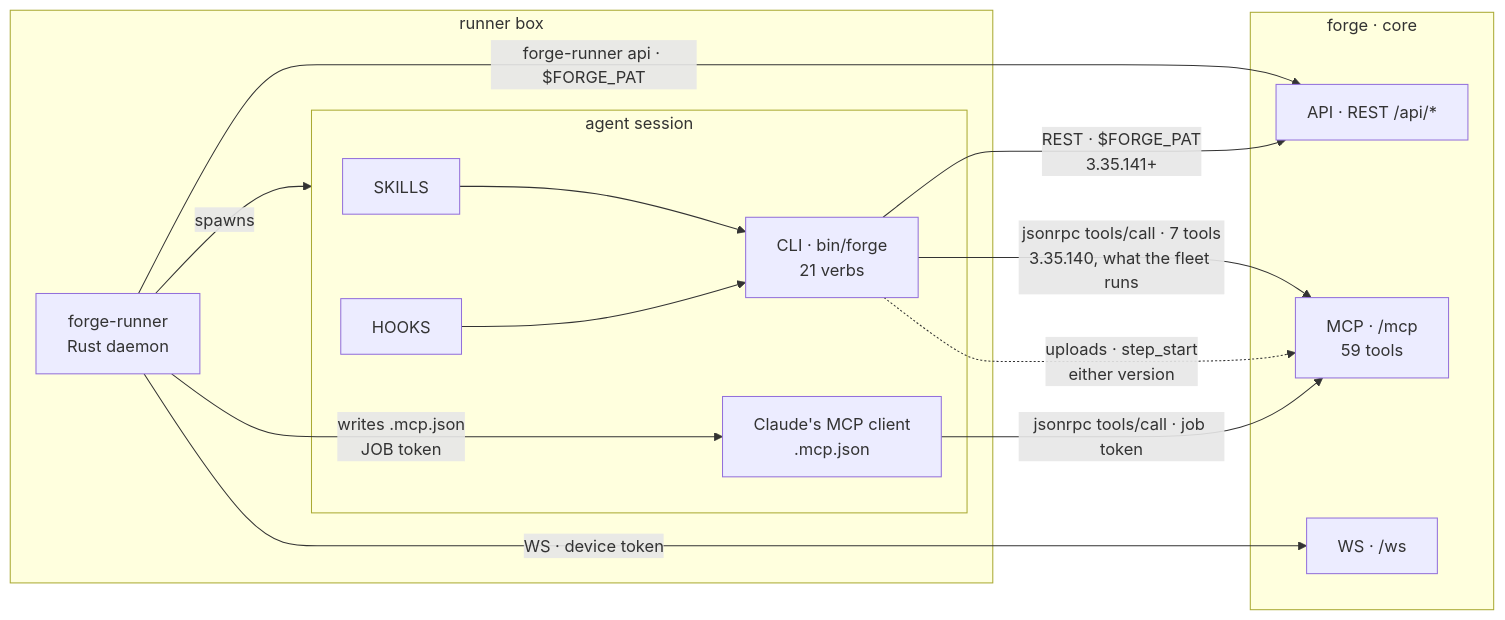
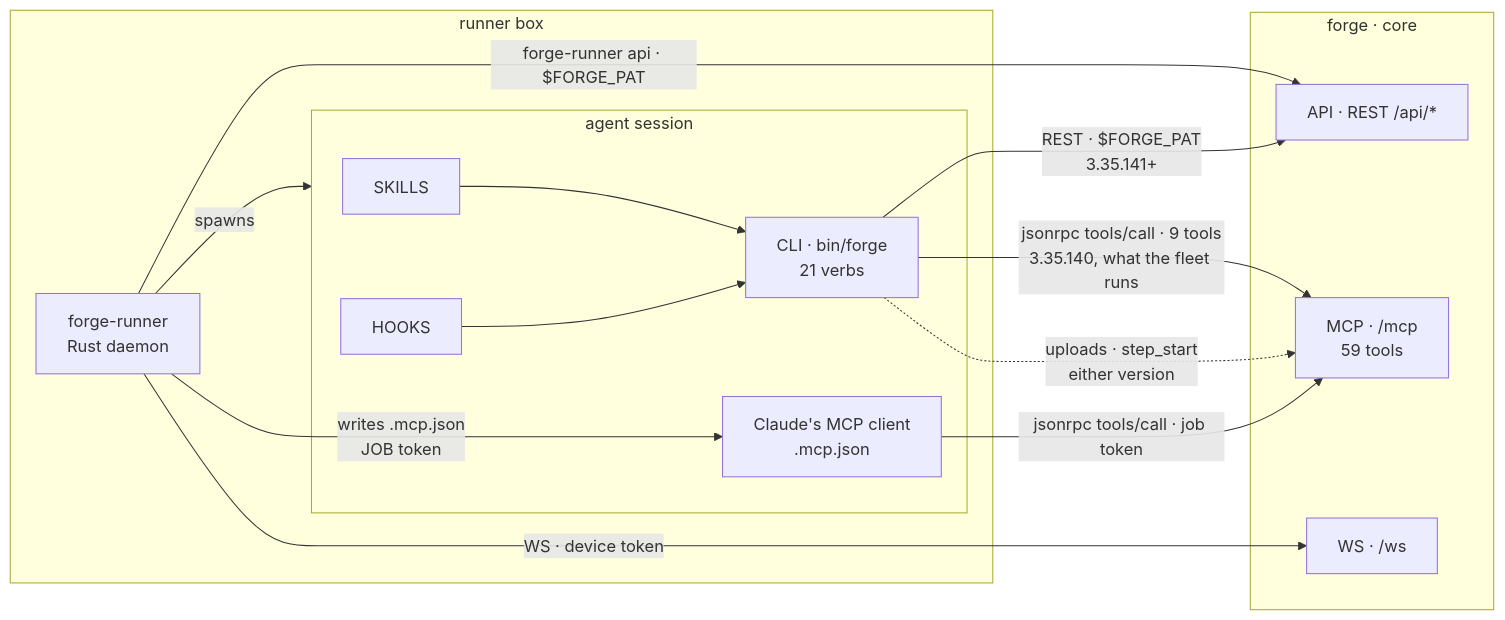
Before and after one commit to SidCorp-co/forge: the first of 2 diagrams in docs/architecture/agent-surface.md, drawn with Mermaid. The commit also changed other lines of this file and 5 other files, not shown here.

````diff
--- a/docs/architecture/agent-surface.md
+++ b/docs/architecture/agent-surface.md
@@ -9,26 +11,26 @@
 ```mermaid
 flowchart LR
   subgraph BOX["runner box"]
     D["forge-runner<br/>Rust daemon"]
     subgraph S["agent session"]
       SK["SKILLS"] --> CLI["CLI · bin/forge<br/>21 verbs"]
       HK["HOOKS"] --> CLI
       MC["Claude's MCP client<br/>.mcp.json"]
     end
     D -->|spawns| S
     D -->|"writes .mcp.json<br/>JOB token"| MC
   end
 
   subgraph CORE["forge · core"]
     API["API · REST /api/*"]
     MCP["MCP · /mcp<br/>59 tools"]
     WS["WS · /ws"]
   end
 
   D -->|"WS · device token"| WS
   D -->|"forge-runner api · $FORGE_PAT"| API
   CLI -->|"REST · $FORGE_PAT<br/>3.35.141+"| API
-  CLI -->|"jsonrpc tools/call · 7 tools<br/>3.35.140, what the fleet runs"| MCP
+  CLI -->|"jsonrpc tools/call · 9 tools<br/>3.35.140, what the fleet runs"| MCP
   CLI -.->|"uploads · step_start<br/>either version"| MCP
   MC -->|"jsonrpc tools/call · job token"| MCP
 ```
````
